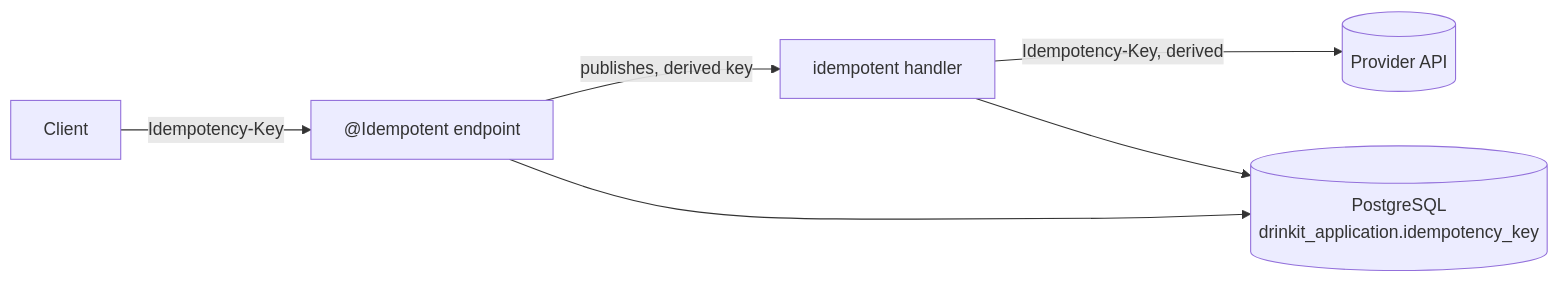
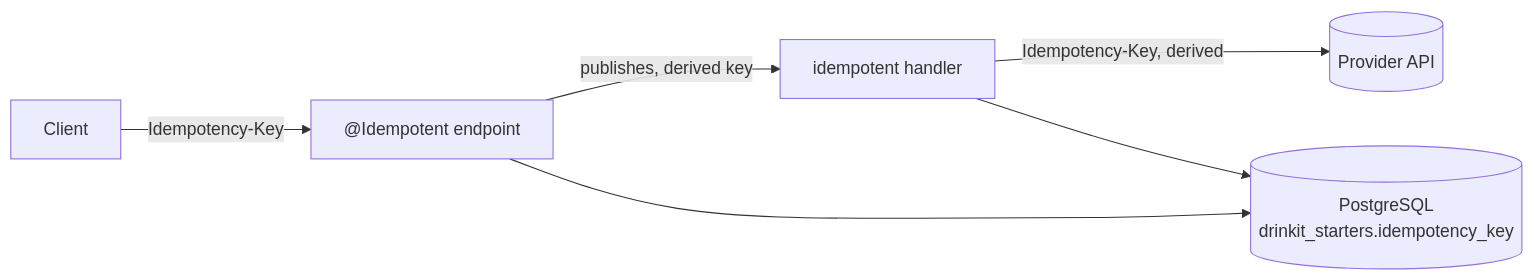
The first of 4 diagrams in tech-starters/backend/idempotency-starter/README.md (mboisnard/drinkit), drawn with Mermaid before and after one commit. The commit also changed 69 other files, not shown here.

Commit message:
[UPDATER] Split the database into the application, security and starters schemas (#736)

````diff
--- a/tech-starters/backend/idempotency-starter/README.md
+++ b/tech-starters/backend/idempotency-starter/README.md
@@ -15,7 +15,7 @@
 ```mermaid
 flowchart LR
     Client -- "Idempotency-Key" --> Endpoint["@Idempotent endpoint"]
     Endpoint -- "publishes, derived key" --> Handler["idempotent handler"]
     Handler -- "Idempotency-Key, derived" --> Provider[(Provider API)]
-    Endpoint & Handler --> Keys[("PostgreSQL<br/>drinkit_application.idempotency_key")]
+    Endpoint & Handler --> Keys[("PostgreSQL<br/>drinkit_starters.idempotency_key")]
 ```
````
